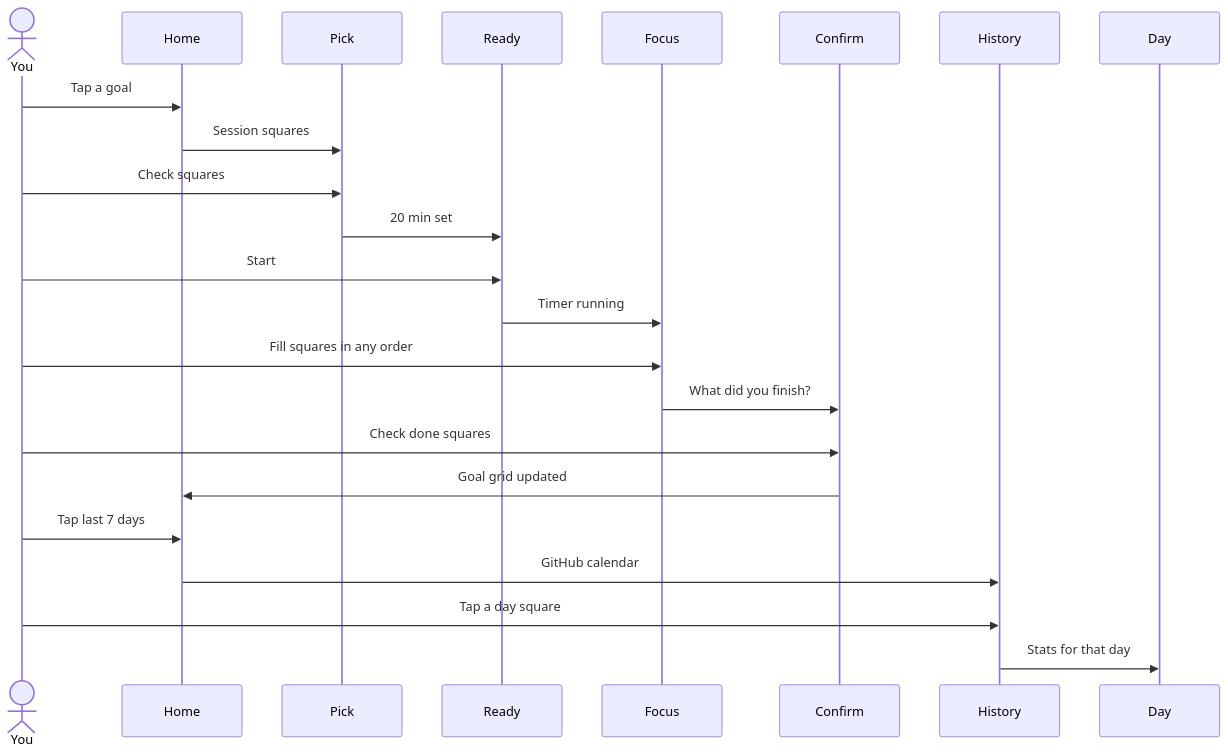
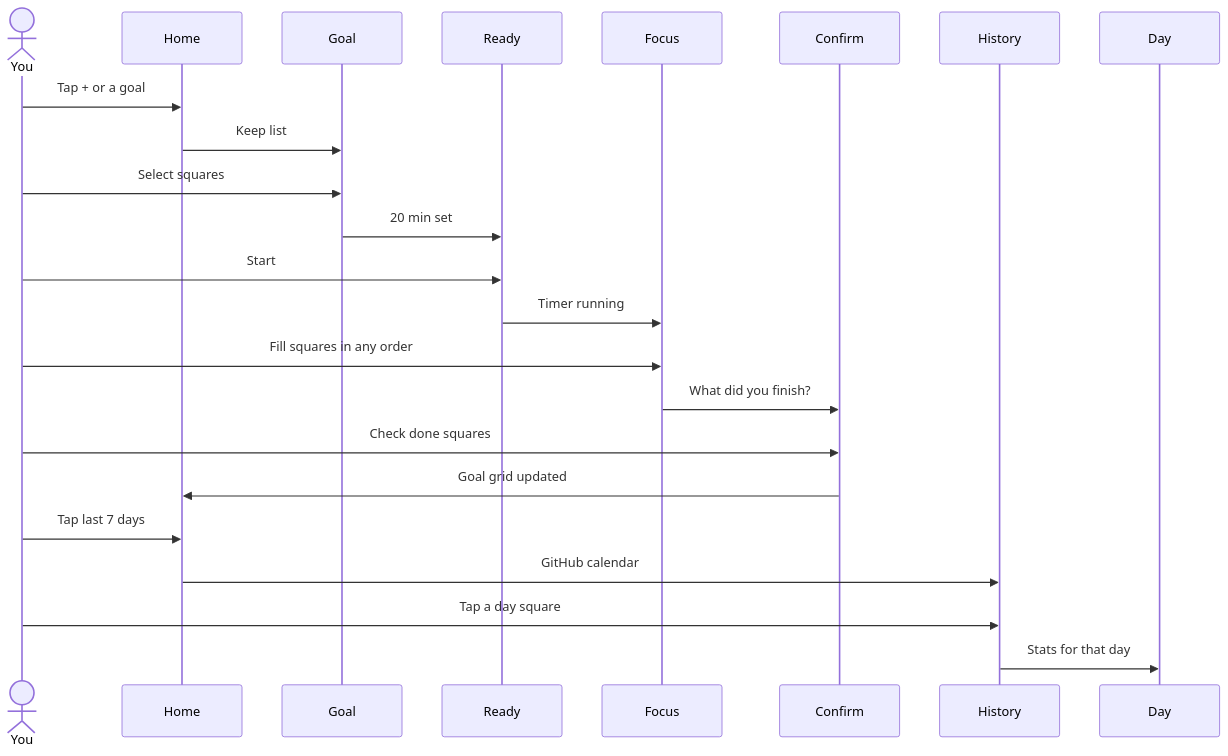
One commit to littlewhywhat/legal-360 changed the diagram in cases/squares/docs/flows/focus-loop.md. Above: the diagram before and after it, drawn with Mermaid. The commit also changed other lines of this file and 2 other files, not shown here.

Commit message:
feat: clickable goal list and new-goal tile
Home + opens a name modal. Tap a goal for a canned Keep-style list: checkbox completes, text selects for the session, then Start.

````diff
--- a/cases/squares/docs/flows/focus-loop.md
+++ b/cases/squares/docs/flows/focus-loop.md
@@ -17,26 +17,26 @@
 ```mermaid
 sequenceDiagram
   actor You
   participant Home
-  participant Pick
+  participant Goal
   participant Ready
   participant Focus
   participant Confirm
   participant History
   participant Day
 
-  You->>Home: Tap a goal
-  Home->>Pick: Session squares
-  You->>Pick: Check squares
-  Pick->>Ready: 20 min set
+  You->>Home: Tap + or a goal
+  Home->>Goal: Keep list
+  You->>Goal: Select squares
+  Goal->>Ready: 20 min set
   You->>Ready: Start
   Ready->>Focus: Timer running
   You->>Focus: Fill squares in any order
   Focus->>Confirm: What did you finish?
   You->>Confirm: Check done squares
   Confirm->>Home: Goal grid updated
   You->>Home: Tap last 7 days
   Home->>History: GitHub calendar
   You->>History: Tap a day square
   History->>Day: Stats for that day
 ```
````
